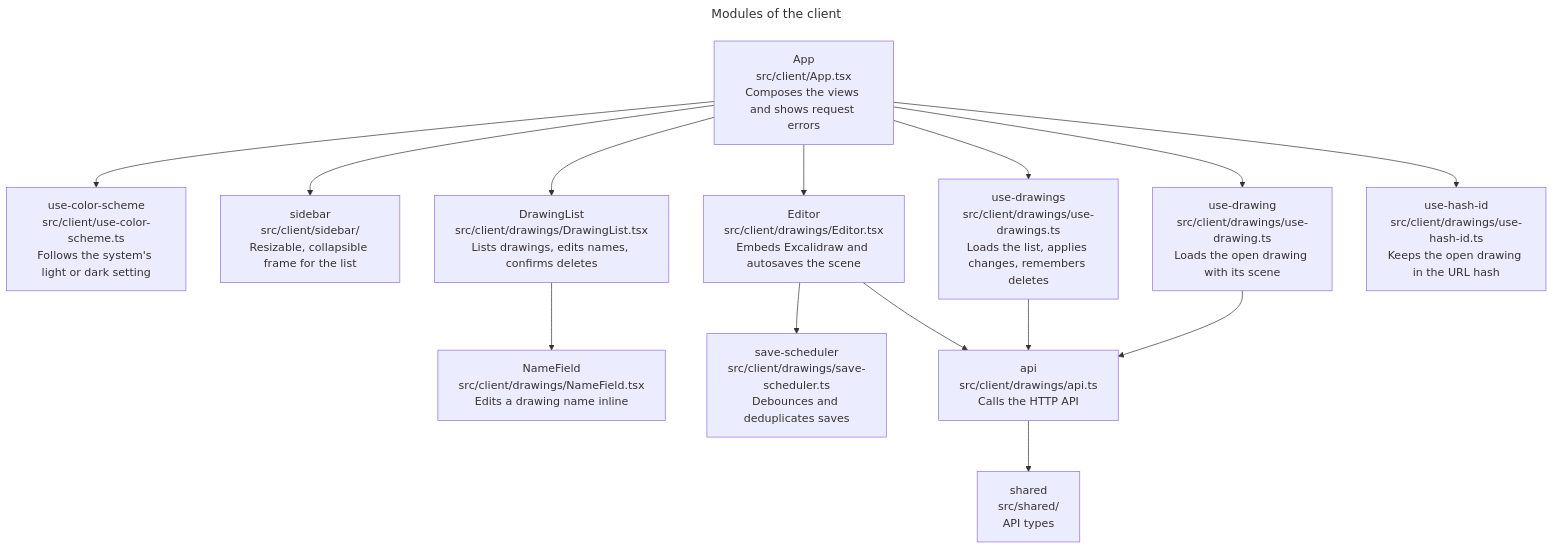
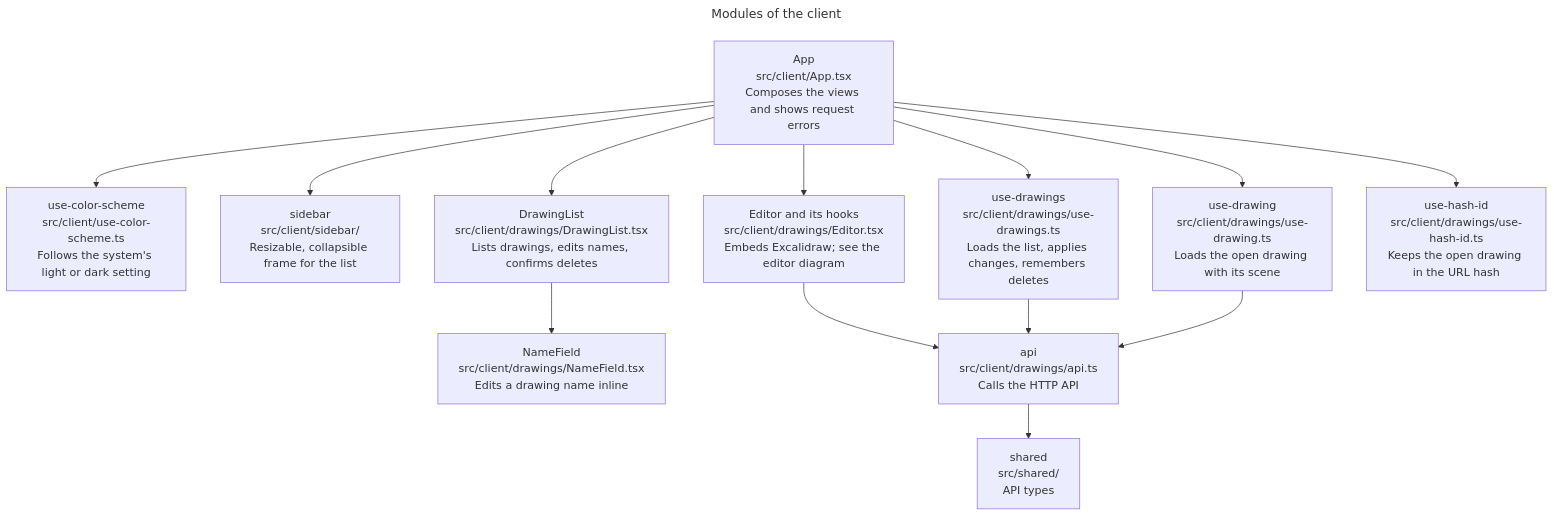
Before and after one commit to remshams/excalidraw-dashboard: the fifth of 9 diagrams in docs/architecture/architecture.md, drawn with Mermaid. The commit also changed other lines of this file and 1 other file, not shown here.

Commit message:
docs(Architecture): describe how the editor keeps previews current

````diff
--- a/docs/architecture/architecture.md
+++ b/docs/architecture/architecture.md
@@ -111,24 +111,23 @@
 ```mermaid
 ---
 title: Modules of the client
 ---
 flowchart TD
     app["App<br>src/client/App.tsx<br>Composes the views and shows request errors"]:::module
     scheme["use-color-scheme<br>src/client/use-color-scheme.ts<br>Follows the system's light or dark setting"]:::module
     sidebar["sidebar<br>src/client/sidebar/<br>Resizable, collapsible frame for the list"]:::module
     list["DrawingList<br>src/client/drawings/DrawingList.tsx<br>Lists drawings, edits names, confirms deletes"]:::module
     name["NameField<br>src/client/drawings/NameField.tsx<br>Edits a drawing name inline"]:::module
-    editor["Editor<br>src/client/drawings/Editor.tsx<br>Embeds Excalidraw and autosaves the scene"]:::module
-    scheduler["save-scheduler<br>src/client/drawings/save-scheduler.ts<br>Debounces and deduplicates saves"]:::module
+    editor["Editor and its hooks<br>src/client/drawings/Editor.tsx<br>Embeds Excalidraw; see the editor diagram"]:::module
     drawings["use-drawings<br>src/client/drawings/use-drawings.ts<br>Loads the list, applies changes, remembers deletes"]:::module
     drawing["use-drawing<br>src/client/drawings/use-drawing.ts<br>Loads the open drawing with its scene"]:::module
     hash["use-hash-id<br>src/client/drawings/use-hash-id.ts<br>Keeps the open drawing in the URL hash"]:::module
     api["api<br>src/client/drawings/api.ts<br>Calls the HTTP API"]:::module
     shared["shared<br>src/shared/<br>API types"]:::module
     app --> scheme & sidebar & list & editor & drawings & drawing & hash
     list --> name
-    editor --> scheduler & api
+    editor --> api
     drawings --> api
     drawing --> api
     api --> shared
 ```
````
